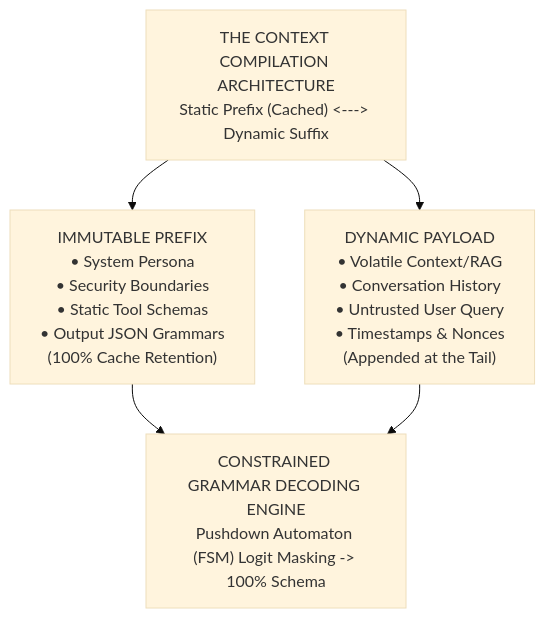
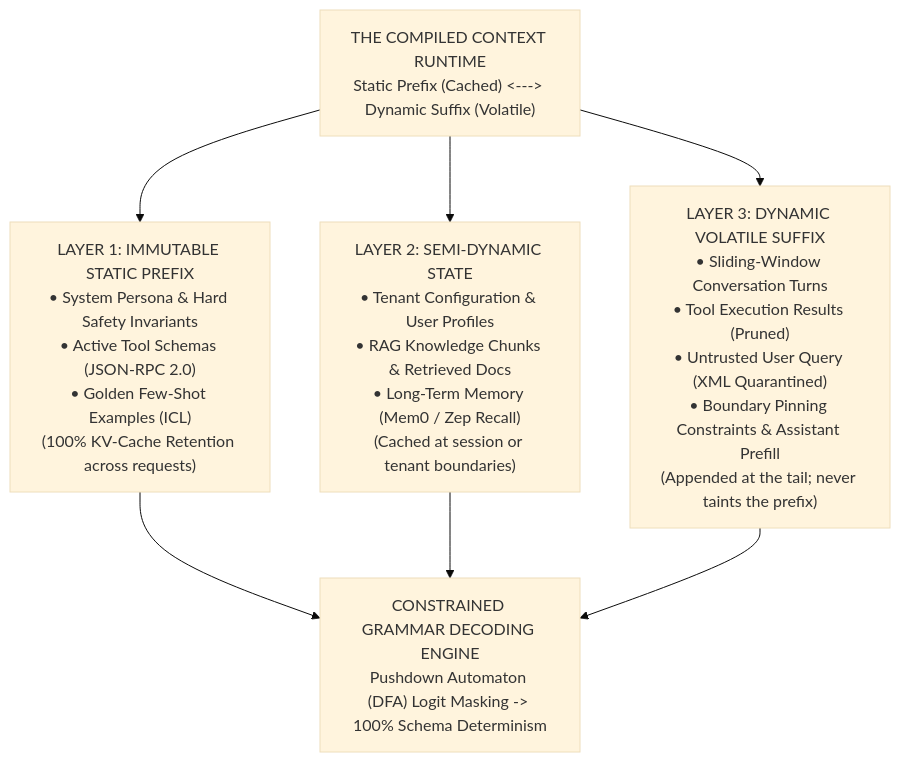
One commit to dip4k/senior-engineer-to-ai-engineer-roadmap changed the first of 13 diagrams in 01-prompt-and-context-engineering/README.md. Above: the diagram before and after it, drawn with Mermaid (base theme). The commit also changed other lines of this file and 15 other files, not shown here.

Commit message:
Complete 2026 AI Engineer roadmap enhancements: Context Engineering master discipline, Agent Memory lab, reasoning models, EU AI Act governance guide, Top 15 beginner mistakes, and diagram sanity pass

````diff
--- a/01-prompt-and-context-engineering/README.md
+++ b/01-prompt-and-context-engineering/README.md
@@ -9,10 +7,14 @@
 ```mermaid
 flowchart TD
-    Header["THE CONTEXT COMPILATION ARCHITECTURE\nStatic Prefix (Cached) <---> Dynamic Suffix"]
+    Header["THE COMPILED CONTEXT RUNTIME\nStatic Prefix (Cached) <---> Dynamic Suffix (Volatile)"]
     
-    Header --> Immutable["IMMUTABLE PREFIX\n• System Persona\n• Security Boundaries\n• Static Tool Schemas\n• Output JSON Grammars\n(100% Cache Retention)"]
-    Header --> Dynamic["DYNAMIC PAYLOAD\n• Volatile Context/RAG\n• Conversation History\n• Untrusted User Query\n• Timestamps & Nonces\n(Appended at the Tail)"]
+    Header --> Immutable["LAYER 1: IMMUTABLE STATIC PREFIX\n• System Persona & Hard Safety Invariants\n• Active Tool Schemas (JSON-RPC 2.0)\n• Golden Few-Shot Examples (ICL)\n(100% KV-Cache Retention across requests)"]
     
-    Immutable --> FSM["CONSTRAINED GRAMMAR DECODING ENGINE\nPushdown Automaton (FSM) Logit Masking -> 100% Schema"]
+    Header --> SemiDynamic["LAYER 2: SEMI-DYNAMIC STATE\n• Tenant Configuration & User Profiles\n• RAG Knowledge Chunks & Retrieved Docs\n• Long-Term Memory (Mem0 / Zep Recall)\n(Cached at session or tenant boundaries)"]
+    
+    Header --> Dynamic["LAYER 3: DYNAMIC VOLATILE SUFFIX\n• Sliding-Window Conversation Turns\n• Tool Execution Results (Pruned)\n• Untrusted User Query (XML Quarantined)\n• Boundary Pinning Constraints & Assistant Prefill\n(Appended at the tail; never taints the prefix)"]
+    
+    Immutable --> FSM["CONSTRAINED GRAMMAR DECODING ENGINE\nPushdown Automaton (DFA) Logit Masking -> 100% Schema Determinism"]
+    SemiDynamic --> FSM
     Dynamic --> FSM
 ```
````
